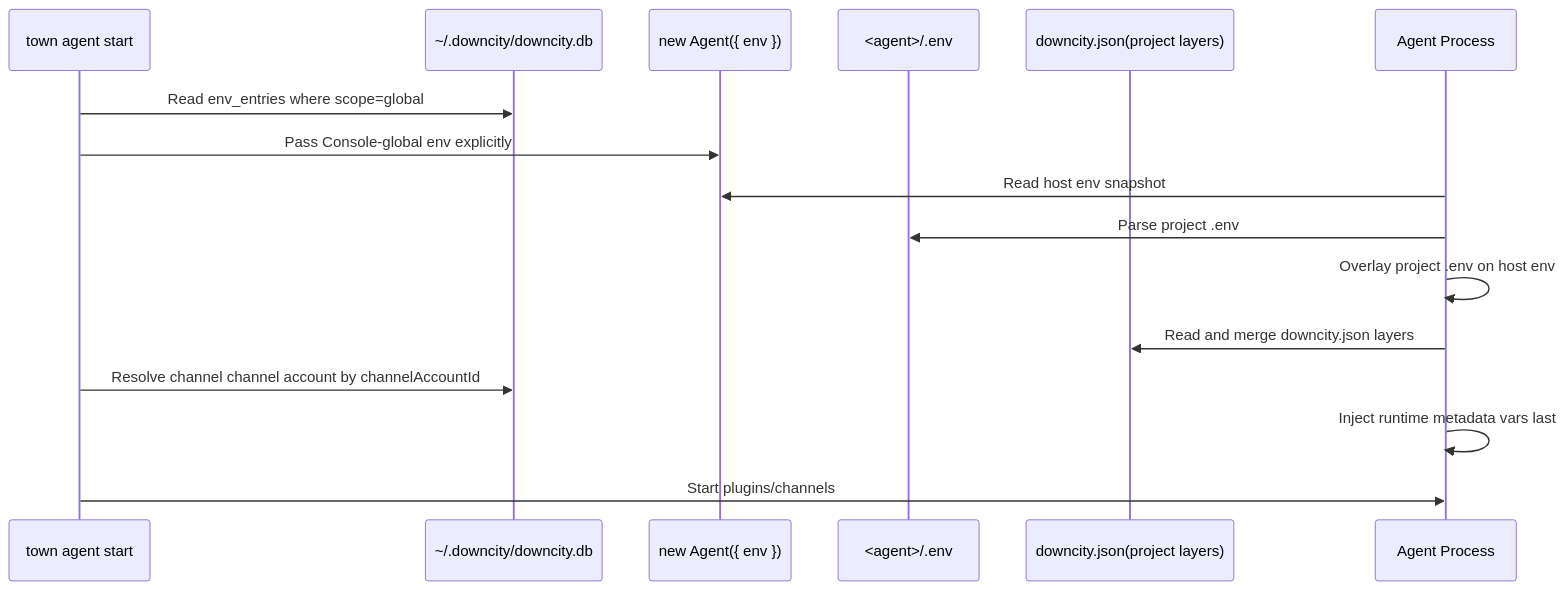
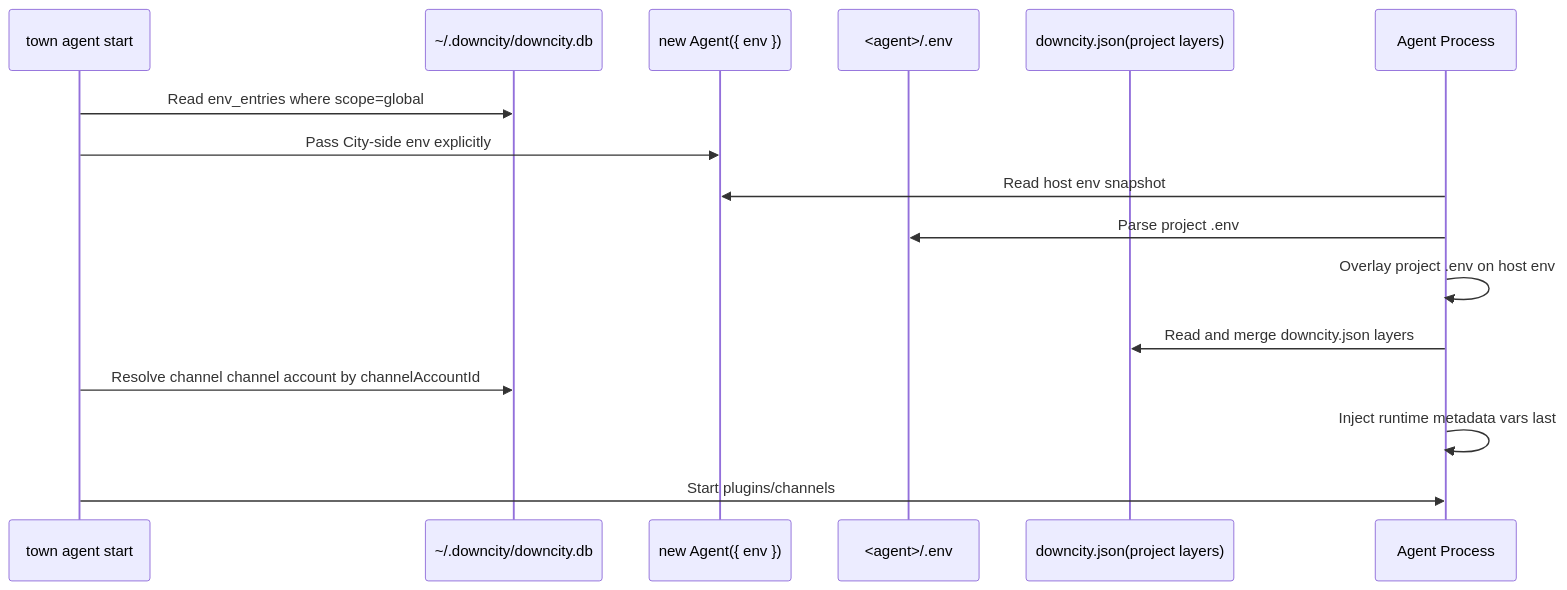
One commit to wangenius/downcity changed the first of 2 diagrams in homepage/content/docs/en/configuration/environment-variables.mdx. Above: the diagram before and after it, drawn with Mermaid. The commit also changed other lines of this file and 397 other files, not shown here.

````diff
--- a/homepage/content/docs/en/configuration/environment-variables.mdx
+++ b/homepage/content/docs/en/configuration/environment-variables.mdx
@@ -37,19 +37,19 @@
 ```mermaid
 sequenceDiagram
   participant CLI as town agent start
   participant DB as ~/.downcity/downcity.db
   participant HOST as new Agent({ env })
   participant ENV as <agent>/.env
   participant JSON as downcity.json(project layers)
   participant RT as Agent Process
 
   CLI->>DB: Read env_entries where scope=global
-  CLI->>HOST: Pass Console-global env explicitly
+  CLI->>HOST: Pass City-side env explicitly
   RT->>HOST: Read host env snapshot
   RT->>ENV: Parse project .env
   RT->>RT: Overlay project .env on host env
   RT->>JSON: Read and merge downcity.json layers
   CLI->>DB: Resolve channel channel account by channelAccountId
   RT->>RT: Inject runtime metadata vars last
   CLI->>RT: Start plugins/channels
 ```
````
